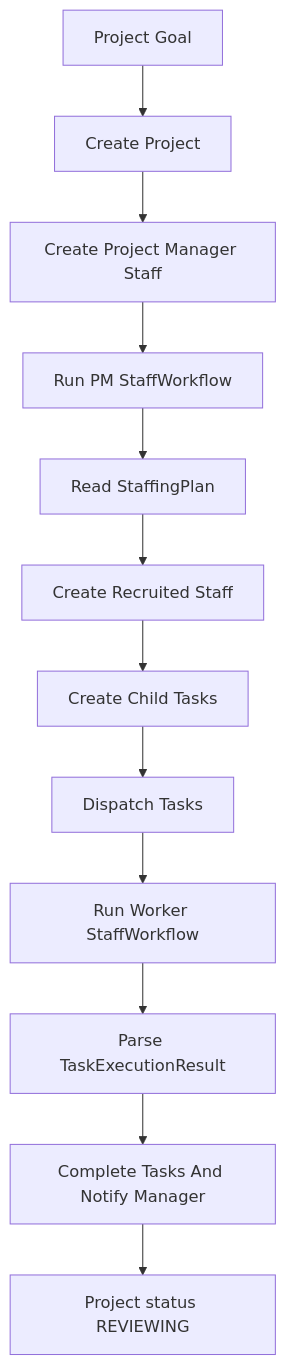
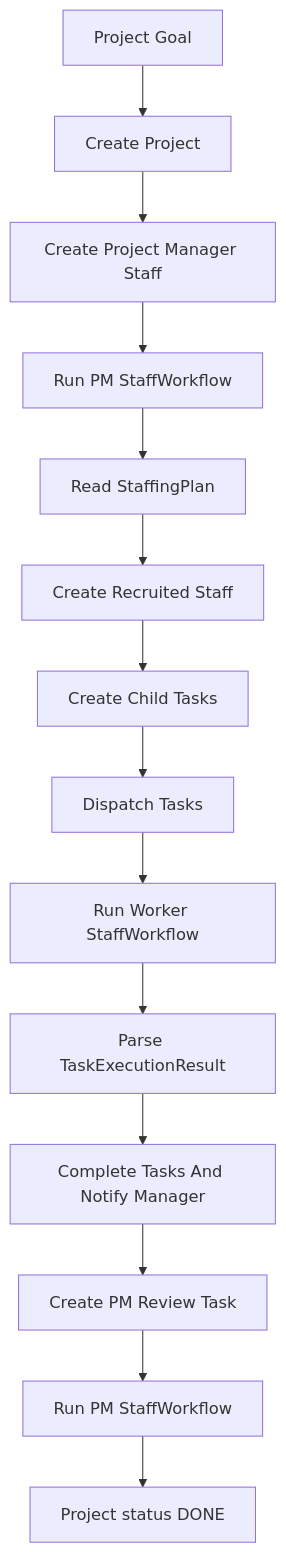
One commit to squredZ/lego_agent changed the ninth of 11 diagrams in docs/PROJECT_AGENT_DESIGN.md. Above: the diagram before and after it, drawn with Mermaid. The commit also changed other lines of this file and 18 other files, not shown here.

````diff
--- a/docs/PROJECT_AGENT_DESIGN.md
+++ b/docs/PROJECT_AGENT_DESIGN.md
@@ -1304,14 +1306,16 @@
 ```mermaid
 graph TD
     Goal[Project Goal] --> CreateProject[Create Project]
     CreateProject --> CreatePM[Create Project Manager Staff]
     CreatePM --> RunPM[Run PM StaffWorkflow]
     RunPM --> StaffingPlan[Read StaffingPlan]
     StaffingPlan --> StaffFactory[Create Recruited Staff]
     StaffFactory --> ChildTasks[Create Child Tasks]
     ChildTasks --> Dispatch[Dispatch Tasks]
     Dispatch --> RunWorkers[Run Worker StaffWorkflow]
     RunWorkers --> TaskResult[Parse TaskExecutionResult]
     TaskResult --> CompleteTasks[Complete Tasks And Notify Manager]
-    CompleteTasks --> Reviewing[Project status REVIEWING]
+    CompleteTasks --> ReviewTask[Create PM Review Task]
+    ReviewTask --> RunReview[Run PM StaffWorkflow]
+    RunReview --> Done[Project status DONE]
 ```
````
